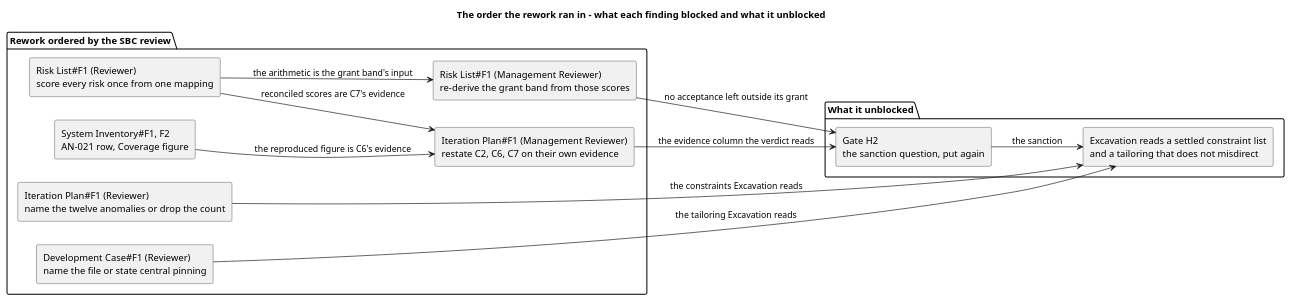
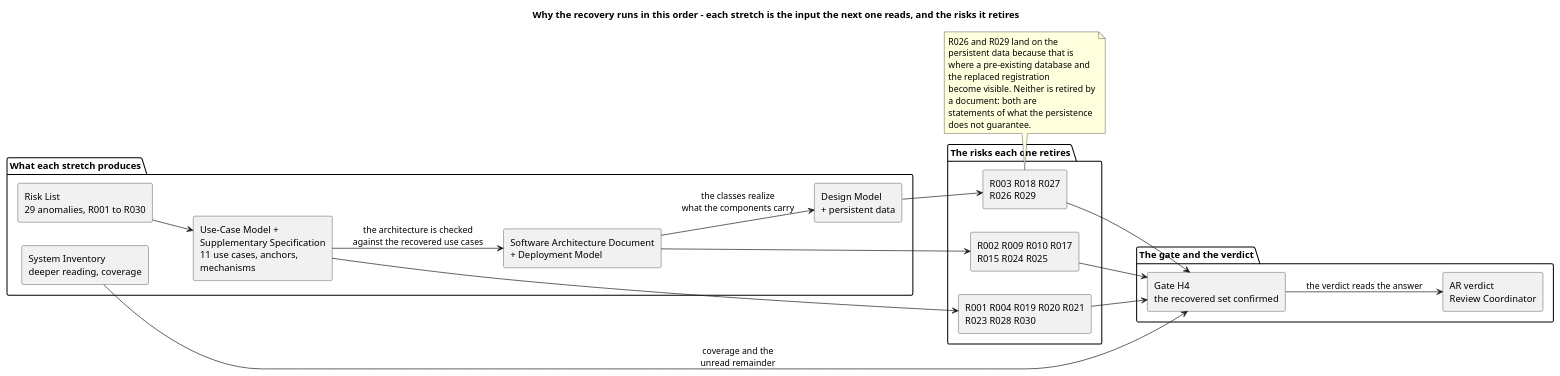
The third of 4 diagrams in docs/artifacts/project-management/iteration-plan.md (banense-test/TodoApp), drawn with PlantUML before and after one commit. The commit also changed other lines of this file, not shown here.

First line of the commit message:
Project Manager [Excavation1]: upsert Iteration Plan

````diff
--- a/docs/artifacts/project-management/iteration-plan.md
+++ b/docs/artifacts/project-management/iteration-plan.md
@@ -165,32 +220,48 @@
 ```plantuml
 @startuml
-title The order the rework ran in - what each finding blocked and what it unblocked
+title Why the recovery runs in this order - each stretch is the input the next one reads, and the risks it retires
 
 skinparam shadowing false
 left to right direction
 skinparam componentStyle rectangle
+skinparam wrapWidth 220
 
-package "Rework ordered by the SBC review" {
-  component "Risk List#F1 (Reviewer)\nscore every risk once from one mapping" as RL1
-  component "Risk List#F1 (Management Reviewer)\nre-derive the grant band from those scores" as RL2
-  component "Iteration Plan#F1 (Management Reviewer)\nrestate C2, C6, C7 on their own evidence" as IP1
-  component "Iteration Plan#F1 (Reviewer)\nname the twelve anomalies or drop the count" as IP2
-  component "Development Case#F1 (Reviewer)\nname the file or state central pinning" as DC1
-  component "System Inventory#F1, F2\nAN-021 row, Coverage figure" as SI1
+package "What each stretch produces" {
+  component "Risk List\n29 anomalies, R001 to R030" as RL
+  component "Use-Case Model + Supplementary Specification\n11 use cases, anchors, mechanisms" as UC
+  component "Software Architecture Document\n+ Deployment Model" as SAD
+  component "Design Model\n+ persistent data" as DM
+  component "System Inventory\ndeeper reading, coverage" as SI
 }
 
-package "What it unblocked" {
-  component "Gate H2\nthe sanction question, put again" as H2
-  component "Excavation reads a settled constraint list\nand a tailoring that does not misdirect" as EX
+package "The risks each one retires" {
+  component "R001 R004 R019 R020 R021\nR023 R028 R030" as RS1
+  component "R002 R009 R010 R017\nR015 R024 R025" as RS2
+  component "R003 R018 R027\nR026 R029" as RS3
 }
 
-RL1 --> RL2 : the arithmetic is the grant band's input
-RL1 --> IP1 : reconciled scores are C7's evidence
-SI1 --> IP1 : the reproduced figure is C6's evidence
-IP2 --> EX : the constraints Excavation reads
-DC1 --> EX : the tailoring Excavation reads
-RL2 --> H2 : no acceptance left outside its grant
-IP1 --> H2 : the evidence column the verdict reads
-H2 --> EX : the sanction
+package "The gate and the verdict" {
+  component "Gate H4\nthe recovered set confirmed" as H4
+  component "AR verdict\nReview Coordinator" as ARV
+}
+
+RL --> UC
+UC --> SAD : the architecture is checked\nagainst the recovered use cases
+SAD --> DM : the classes realize\nwhat the components carry
+SI --> H4 : coverage and the\nunread remainder
+UC --> RS1
+SAD --> RS2
+DM --> RS3
+RS1 --> H4
+RS2 --> H4
+RS3 --> H4
+H4 --> ARV : the verdict reads the answer
+
+note bottom of RS3
+  R026 and R029 land on the persistent data because that is
+  where a pre-existing database and the replaced registration
+  become visible. Neither is retired by a document: both are
+  statements of what the persistence does not guarantee.
+end note
 @enduml
 ```
````
